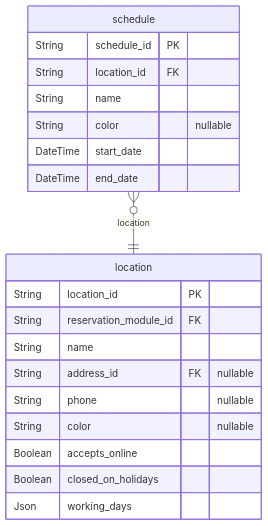
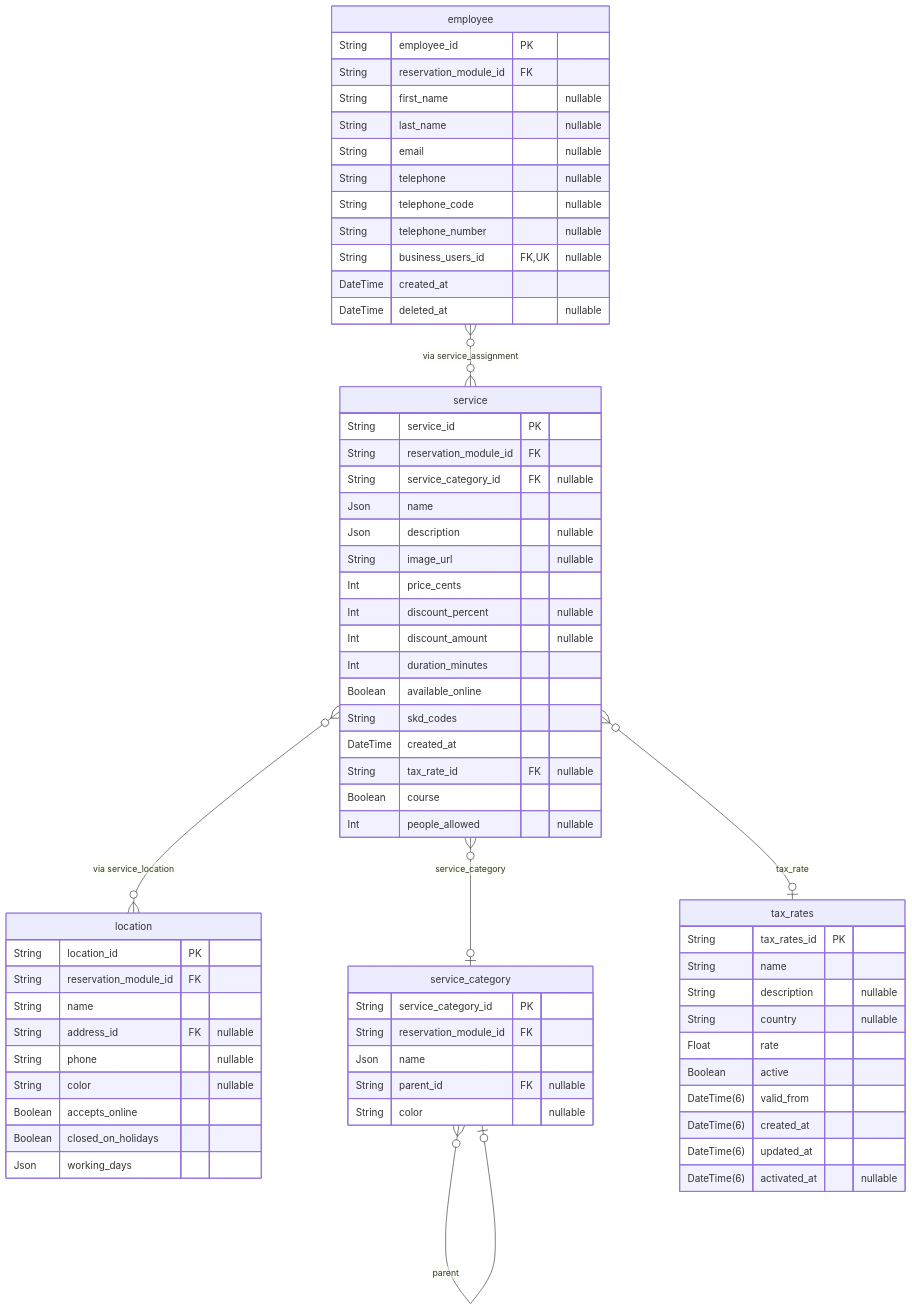
Diagram 35 of 40 in prisma/schemas/ERD.md (pbozic/be-analyisis), drawn with Mermaid before and after one commit. The commit also changed other lines of this file and 1 other file, not shown here.

Commit message:
feature: Added courses to reservations schema

````diff
--- a/prisma/schemas/ERD.md
+++ b/prisma/schemas/ERD.md
@@ -6732,23 +6785,69 @@
 ```mermaid
 erDiagram
 "location" {
   String location_id PK
   String reservation_module_id FK
   String name
   String address_id FK "nullable"
   String phone "nullable"
   String color "nullable"
   Boolean accepts_online
   Boolean closed_on_holidays
   Json working_days
 }
-"schedule" {
-  String schedule_id PK
-  String location_id FK
+"service_category" {
+  String service_category_id PK
+  String reservation_module_id FK
+  Json name
+  String parent_id FK "nullable"
+  String color "nullable"
+}
+"service" {
+  String service_id PK
+  String reservation_module_id FK
+  String service_category_id FK "nullable"
+  Json name
+  Json description "nullable"
+  String image_url "nullable"
+  Int price_cents
+  Int discount_percent "nullable"
+  Int discount_amount "nullable"
+  Int duration_minutes
+  Boolean available_online
+  String skd_codes
+  DateTime created_at
+  String tax_rate_id FK "nullable"
+  Boolean course
+  Int people_allowed "nullable"
+}
+"employee" {
+  String employee_id PK
+  String reservation_module_id FK
+  String first_name "nullable"
+  String last_name "nullable"
+  String email "nullable"
+  String telephone "nullable"
+  String telephone_code "nullable"
+  String telephone_number "nullable"
+  String business_users_id FK,UK "nullable"
+  DateTime created_at
+  DateTime deleted_at "nullable"
+}
+"tax_rates" {
+  String tax_rates_id PK
   String name
-  String color "nullable"
-  DateTime start_date
-  DateTime end_date
+  String description "nullable"
+  String country "nullable"
+  Float rate
+  Boolean active
+  DateTime(6) valid_from
+  DateTime(6) created_at
+  DateTime(6) updated_at
+  DateTime(6) activated_at "nullable"
 }
-"schedule" }o--|| "location" : location
+"service_category" }o--o| "service_category" : parent
+"service" }o--o| "service_category" : service_category
+"service" }o--o| "tax_rates" : tax_rate
+"service" }o--o{ "location" : "via service_location"
+"employee" }o--o{ "service" : "via service_assignment"
 ```
````
